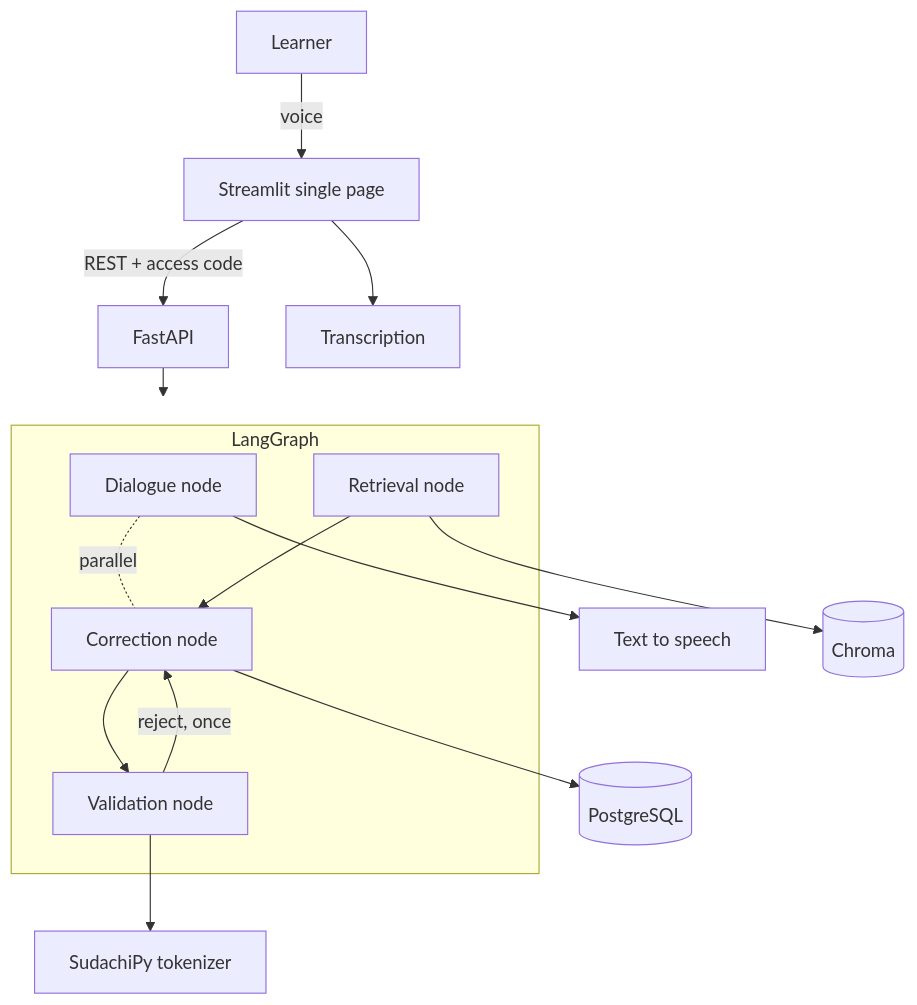
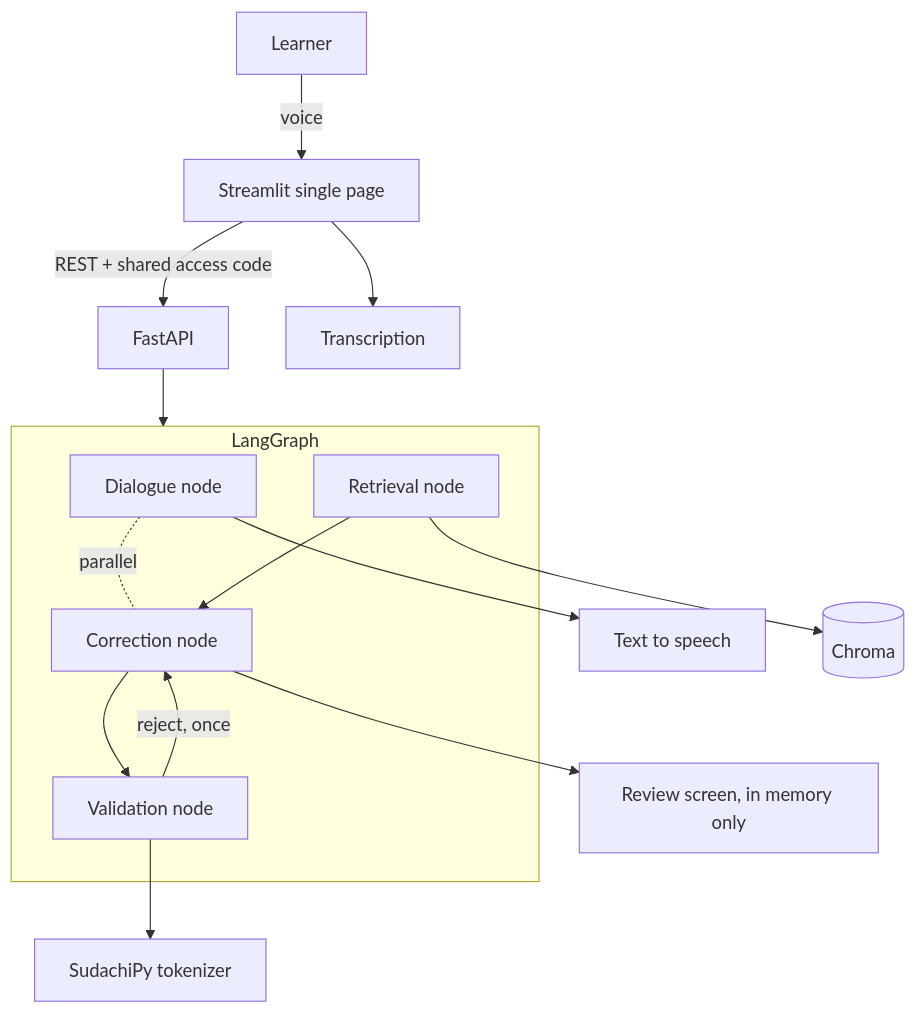
One commit to Jun-Araki/japanese-speaking-coach changed the diagram in docs/en/functional-design.md. Above: the diagram before and after it, drawn with Mermaid. The commit also changed other lines of this file and 28 other files, not shown here.

````diff
--- a/docs/en/functional-design.md
+++ b/docs/en/functional-design.md
@@ -12,23 +12,23 @@
 ```mermaid
 graph TB
     U[Learner] -->|voice| ST[Streamlit single page]
-    ST -->|REST + access code| API[FastAPI]
+    ST -->|REST + shared access code| API[FastAPI]
     API --> G[LangGraph]
 
     subgraph G [LangGraph]
         DLG[Dialogue node]
         COR[Correction node]
         RET[Retrieval node]
         VAL[Validation node]
         DLG -.parallel.- COR
         RET --> COR
         COR --> VAL
         VAL -->|reject, once| COR
     end
 
     DLG --> TTS[Text to speech]
-    COR --> DB[(PostgreSQL)]
+    COR --> RV[Review screen, in memory only]
     RET --> CH[(Chroma)]
     VAL --> NLP[SudachiPy tokenizer]
     ST --> STT[Transcription]
 ```
````
